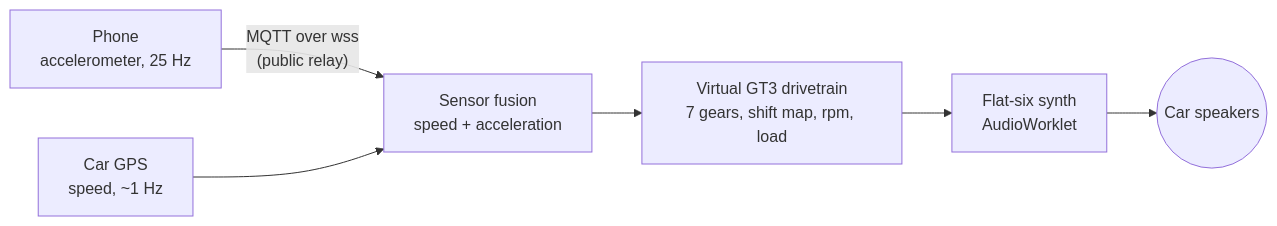
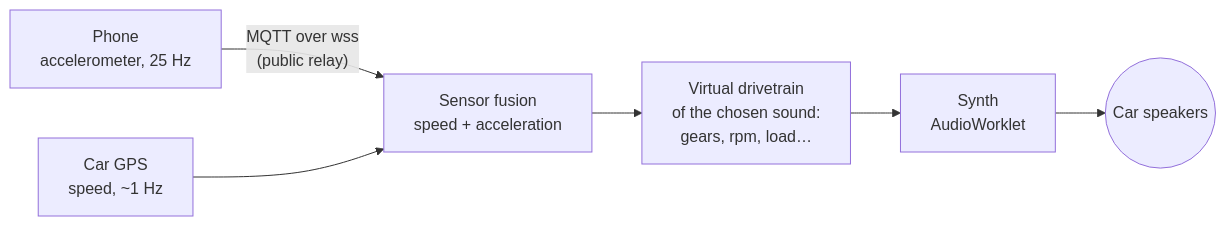
One commit to arnaumas27/untesled changed the diagram in README.md. Above: the diagram before and after it, drawn with Mermaid. The commit also changed other lines of this file and 24 other files, not shown here.

````diff
--- a/README.md
+++ b/README.md
@@ -26,8 +29,8 @@
 ```mermaid
 flowchart LR
   P["Phone<br/>accelerometer, 25 Hz"] -- "MQTT over wss<br/>(public relay)" --> F
   G["Car GPS<br/>speed, ~1 Hz"] --> F["Sensor fusion<br/>speed + acceleration"]
-  F --> V["Virtual GT3 drivetrain<br/>7 gears, shift map, rpm, load"]
-  V --> S["Flat-six synth<br/>AudioWorklet"]
+  F --> V["Virtual drivetrain<br/>of the chosen sound:<br/>gears, rpm, load…"]
+  V --> S["Synth<br/>AudioWorklet"]
   S --> SP(("Car speakers"))
 ```
````
